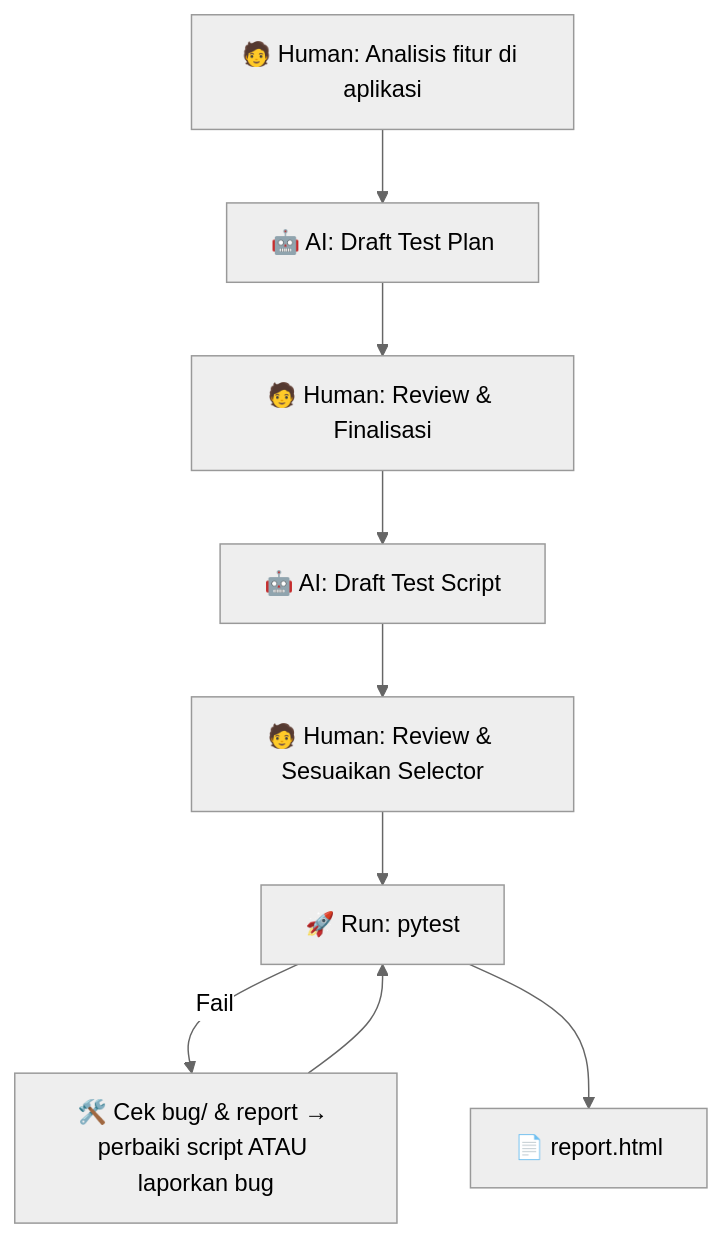
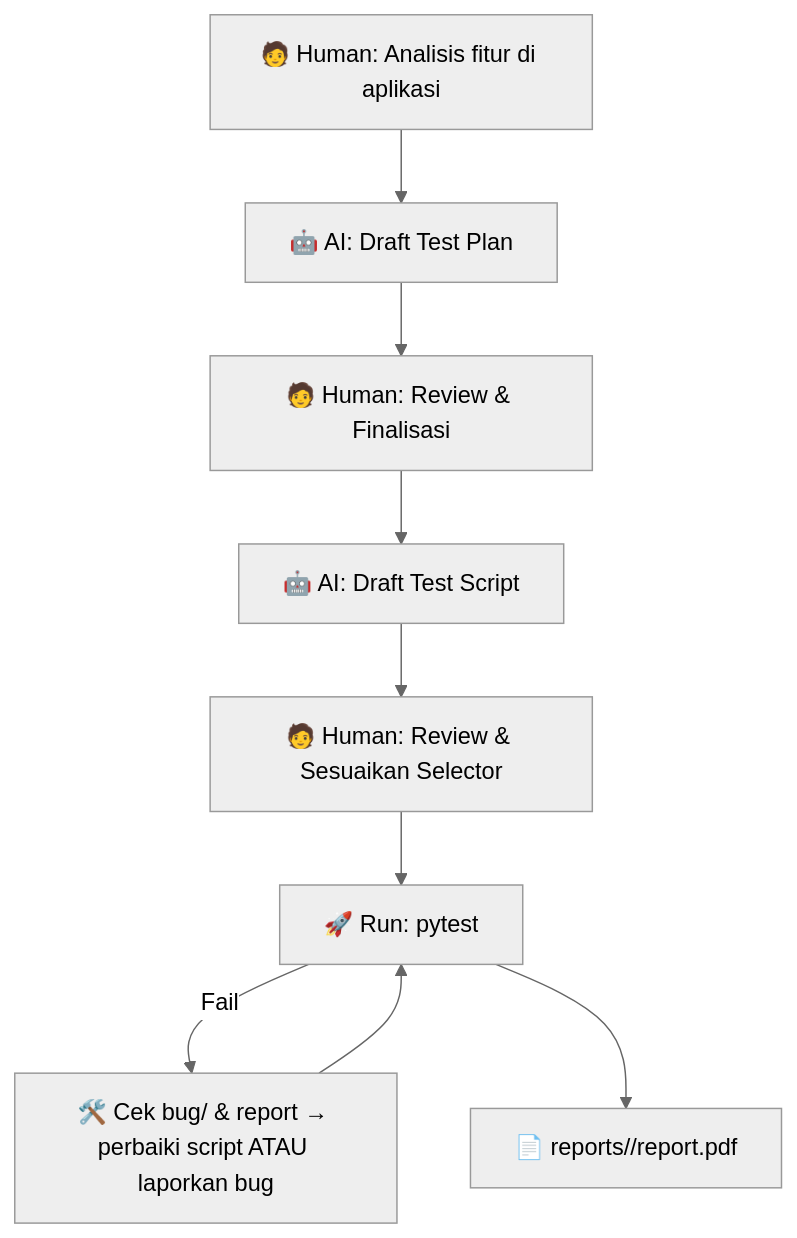
The diagram in README.md (maryam-silva/testing-sgs), drawn with Mermaid (neutral theme) before and after one commit. The commit also changed other lines of this file and 1 other file, not shown here.

````diff
--- a/README.md
+++ b/README.md
@@ -32,9 +32,9 @@
 ```mermaid
 flowchart TD
     A[🧑 Human: Analisis fitur di aplikasi] --> B[🤖 AI: Draft Test Plan] --> B2[🧑 Human: Review & Finalisasi]
     B2 --> C[🤖 AI: Draft Test Script] --> C2[🧑 Human: Review & Sesuaikan Selector]
     C2 --> D[🚀 Run: pytest]
     D -->|Fail| E[🛠️ Cek bug/ & report → perbaiki script ATAU laporkan bug]
     E --> D
-    D --> F[📄 report.html]
+    D --> F[📄 reports/<timestamp>/report.pdf]
 ```
````
